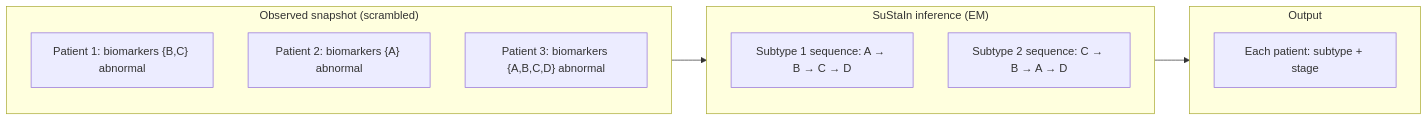
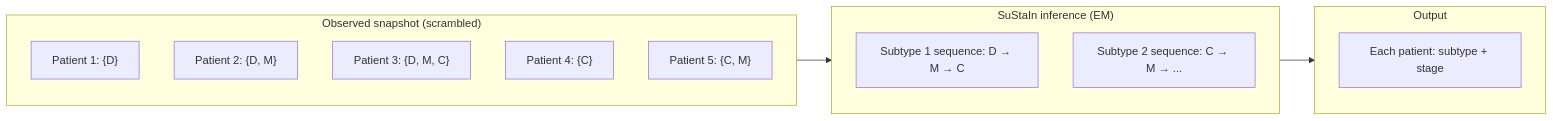
The second of 4 diagrams in docs/EXTENDED_INTRODUCTION.md (hwilner/pd-multimodal-subtype-discovery), drawn with Mermaid before and after one commit. The commit also changed other lines of this file, not shown here.

Commit message:
Rewrite extended introduction example-first; embed concept figure

````diff
--- a/docs/EXTENDED_INTRODUCTION.md
+++ b/docs/EXTENDED_INTRODUCTION.md
@@ -133,16 +101,18 @@
 ```mermaid
 flowchart LR
     subgraph Observed["Observed snapshot (scrambled)"]
-        P1["Patient 1: biomarkers {B,C} abnormal"]
-        P2["Patient 2: biomarkers {A} abnormal"]
-        P3["Patient 3: biomarkers {A,B,C,D} abnormal"]
+        P1["Patient 1: {D}"]
+        P2["Patient 2: {D, M}"]
+        P3["Patient 3: {D, M, C}"]
+        P4["Patient 4: {C}"]
+        P5["Patient 5: {C, M}"]
     end
     subgraph SuStaIn["SuStaIn inference (EM)"]
-        S1["Subtype 1 sequence: A → B → C → D"]
-        S2["Subtype 2 sequence: C → B → A → D"]
+        S1["Subtype 1 sequence: D → M → C"]
+        S2["Subtype 2 sequence: C → M → ..."]
     end
     subgraph Output["Output"]
         O1["Each patient: subtype + stage"]
     end
     Observed --> SuStaIn --> Output
 ```
````
